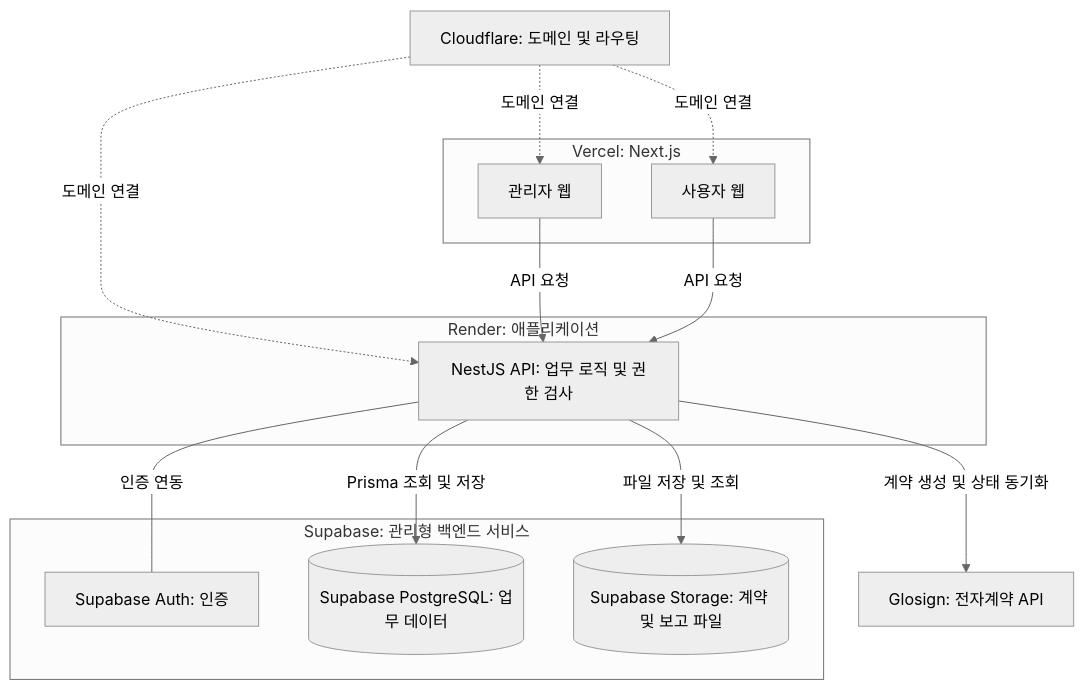
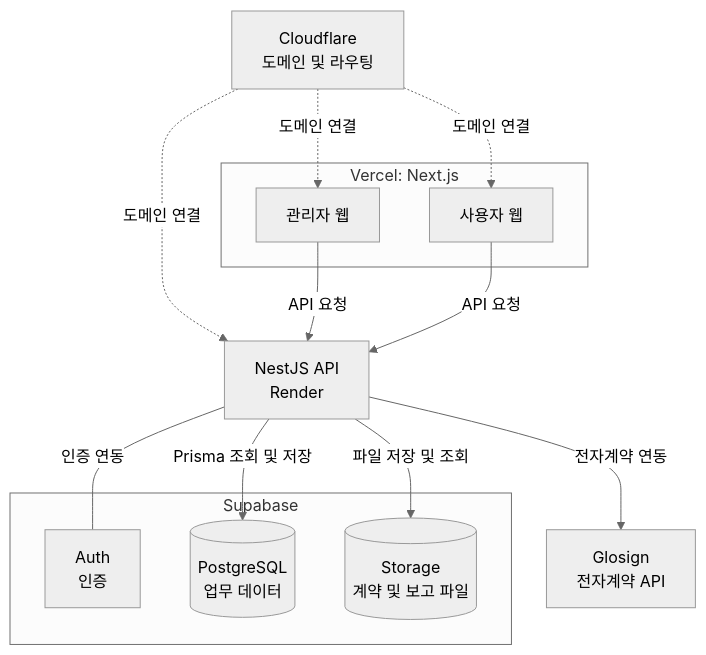
Before and after one commit to KimHG1995/work-history: the second of 3 diagrams in projects/hr-saas/mvp.md, drawn with Mermaid (neutral theme).

Commit message:
docs: restore coupon intake paths and compact architecture diagrams

````diff
--- a/projects/hr-saas/mvp.md
+++ b/projects/hr-saas/mvp.md
@@ -116,31 +116,29 @@
 ```mermaid
 flowchart TB
-    cloudflare["Cloudflare: 도메인 및 라우팅"]
+    cloudflare["Cloudflare<br/>도메인 및 라우팅"]
 
     subgraph vercel["Vercel: Next.js"]
         admin["관리자 웹"]
         client["사용자 웹"]
     end
 
-    subgraph backend["Render: 애플리케이션"]
-        server["NestJS API: 업무 로직 및 권한 검사"]
+    server["NestJS API<br/>Render"]
+
+    subgraph supabase["Supabase"]
+        auth["Auth<br/>인증"]
+        db[("PostgreSQL<br/>업무 데이터")]
+        files[("Storage<br/>계약 및 보고 파일")]
     end
 
-    subgraph supabase["Supabase: 관리형 백엔드 서비스"]
-        auth["Supabase Auth: 인증"]
-        db[("Supabase PostgreSQL: 업무 데이터")]
-        files[("Supabase Storage: 계약 및 보고 파일")]
-    end
-
-    glosign["Glosign: 전자계약 API"]
+    glosign["Glosign<br/>전자계약 API"]
 
     cloudflare -.->|도메인 연결| admin
     cloudflare -.->|도메인 연결| client
     cloudflare -.->|도메인 연결| server
     admin -->|API 요청| server
     client -->|API 요청| server
     server ---|인증 연동| auth
     server -->|Prisma 조회 및 저장| db
     server -->|파일 저장 및 조회| files
-    server -->|계약 생성 및 상태 동기화| glosign
+    server -->|전자계약 연동| glosign
 ```
````
